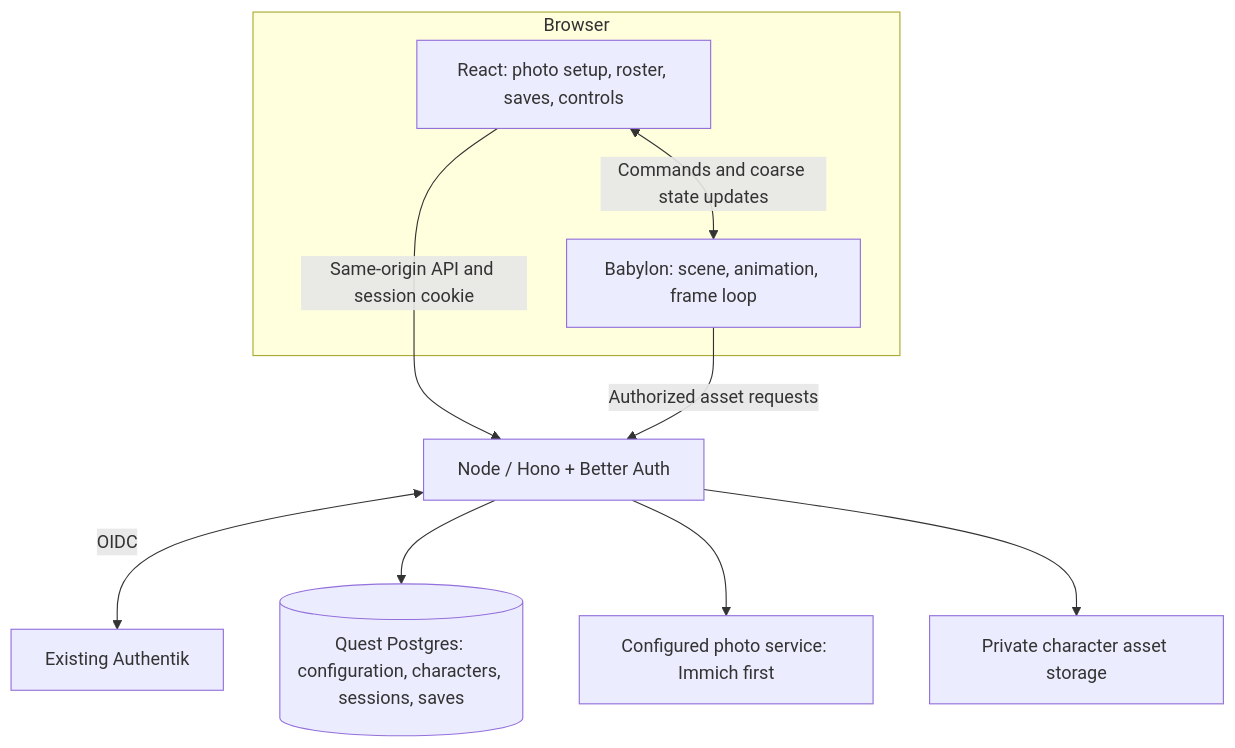
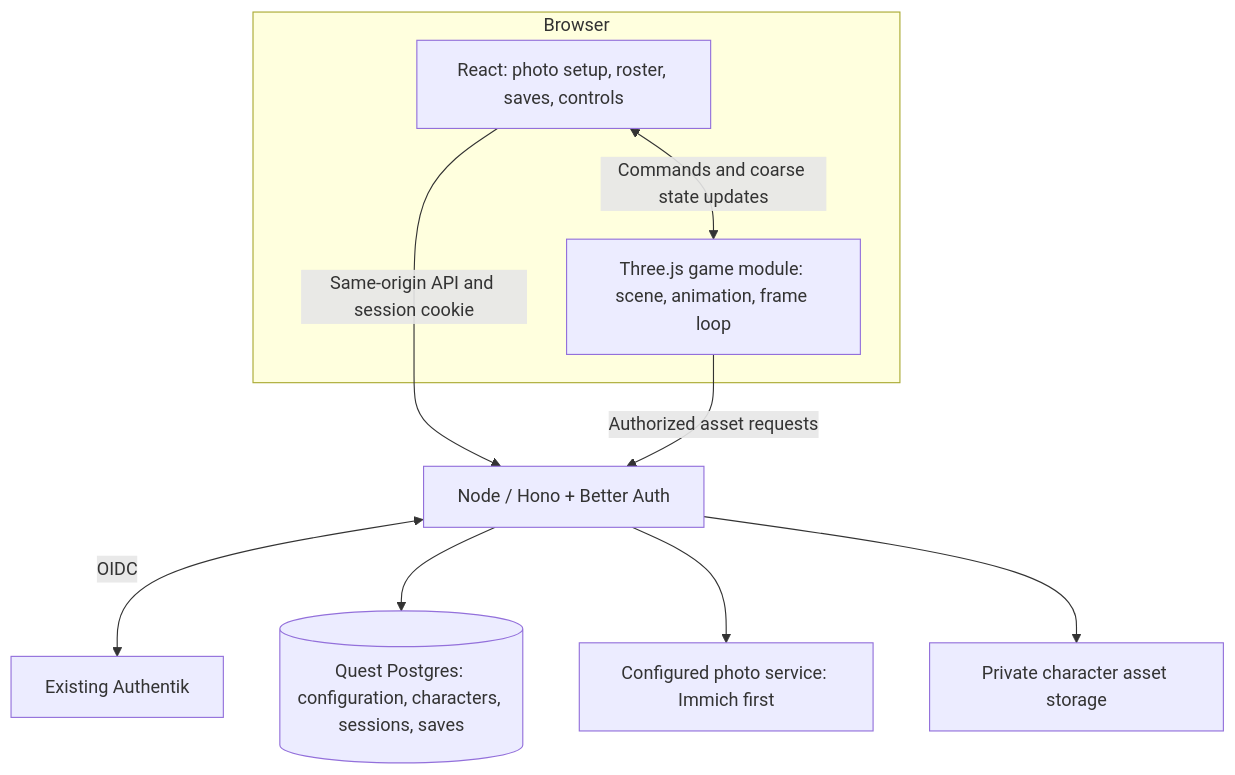
The diagram in docs/designs/001-technical-foundation.md (thaynes43/haynes-quest), drawn with Mermaid before and after one commit. The commit also changed other lines of this file and 7 other files, not shown here.

Commit message:
docs: ground Three.js proposal in Astra game examples

````diff
--- a/docs/designs/001-technical-foundation.md
+++ b/docs/designs/001-technical-foundation.md
@@ -12,14 +12,14 @@
 ```mermaid
 flowchart TB
     subgraph Browser
         UI[React: photo setup, roster, saves, controls]
-        Game[Babylon: scene, animation, frame loop]
+        Game[Three.js game module: scene, animation, frame loop]
         UI <-->|Commands and coarse state updates| Game
     end
     UI -->|Same-origin API and session cookie| App[Node / Hono + Better Auth]
     Game -->|Authorized asset requests| App
     App <-->|OIDC| Auth[Existing Authentik]
     App --> DB[(Quest Postgres: configuration, characters, sessions, saves)]
     App --> Photos[Configured photo service: Immich first]
     App --> Assets[Private character asset storage]
 ```
````
